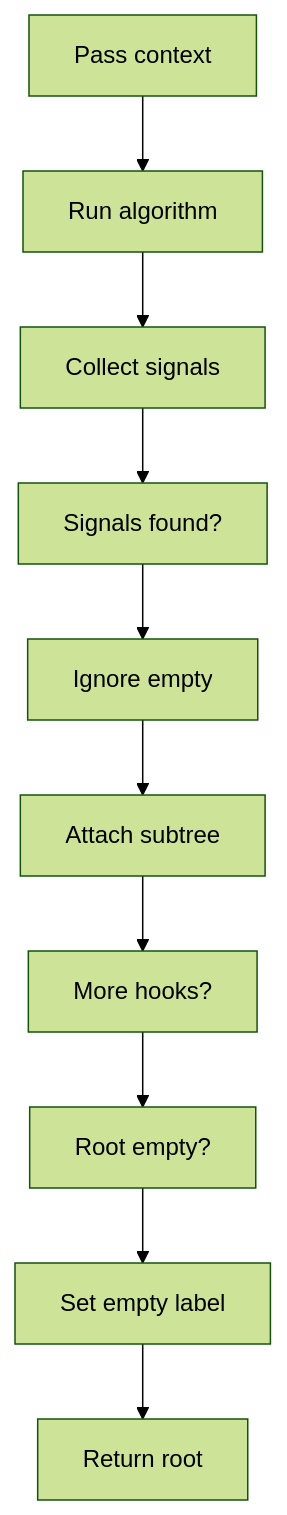
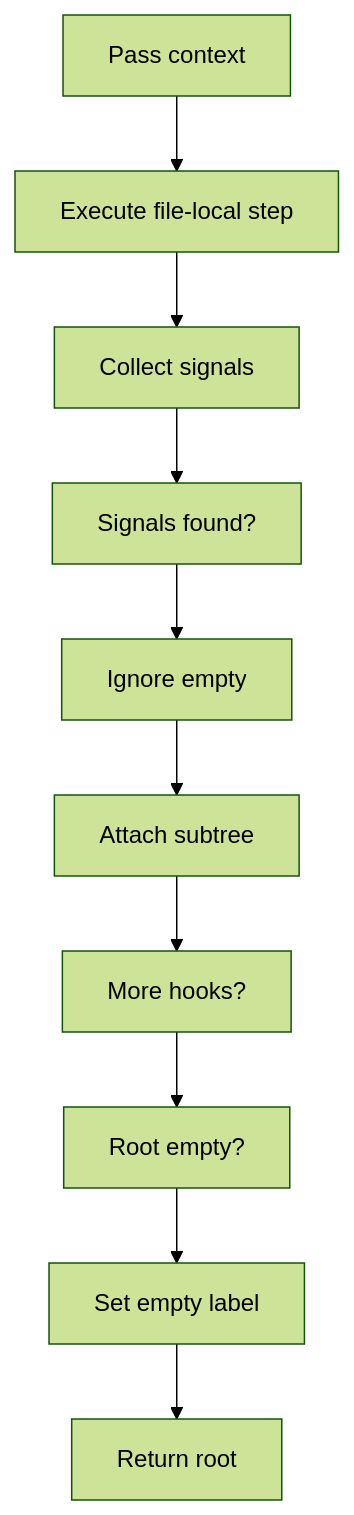
One commit to JohnAndrewBalbarosa/NeoTerritory changed the second of 7 diagrams in docs/Codebase/Microservice/Modules/Source/Trees/ClassGeneration/VirtualBroken/Behavioural/tree.cpp.md. Above: the diagram before and after it, drawn with Mermaid (forest theme). The commit also changed other lines of this file and 925 other files, not shown here.

````diff
--- a/docs/Codebase/Microservice/Modules/Source/Trees/ClassGeneration/VirtualBroken/Behavioural/tree.cpp.md
+++ b/docs/Codebase/Microservice/Modules/Source/Trees/ClassGeneration/VirtualBroken/Behavioural/tree.cpp.md
@@ -54,22 +53,22 @@
 ```mermaid
 flowchart TD
     N0["Pass context"]
-    N1["Run algorithm"]
+    N1["Execute file-local step"]
     N2["Collect signals"]
     N3["Signals found?"]
     N4["Ignore empty"]
     N5["Attach subtree"]
     N6["More hooks?"]
     N7["Root empty?"]
     N8["Set empty label"]
     N9["Return root"]
     N0 --> N1
     N1 --> N2
     N2 --> N3
     N3 --> N4
     N4 --> N5
     N5 --> N6
     N6 --> N7
     N7 --> N8
     N8 --> N9
 ```
````
